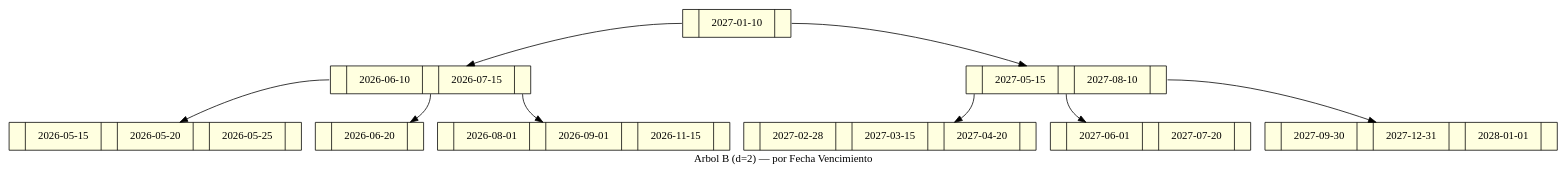
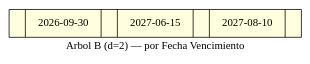
Before and after one commit to Mynor-M-50/Proyecto_1_Fase_2_EDD_Mynor_Monzon_1S_2026: the diagram in Reportes/arbol_b.dot, drawn with Graphviz. The commit also changed 47 other files, not shown here.

```diff
--- a/Reportes/arbol_b.dot
+++ b/Reportes/arbol_b.dot
@@ -1,22 +1,6 @@
 digraph ArbolB {
 	rankdir=TB
 	node [fillcolor=lightyellow shape=record style=filled]
 	label="Arbol B (d=2) — por Fecha Vencimiento"
-	node_124726833479216 [label="{ { <f0>  | 2027-01-10 | <f1>  } }"]
-	node_124726833479216:f0 -> node_124726833474368
-	node_124726833474368 [label="{ { <f0>  | 2026-06-10 | <f1>  | 2026-07-15 | <f2>  } }"]
-	node_124726833474368:f0 -> node_124726833472784
-	node_124726833472784 [label="{ { <f0>  | 2026-05-15 | <f1>  | 2026-05-20 | <f2>  | 2026-05-25 | <f3>  } }"]
-	node_124726833474368:f1 -> node_124726833475856
-	node_124726833475856 [label="{ { <f0>  | 2026-06-20 | <f1>  } }"]
-	node_124726833474368:f2 -> node_124726833474464
-	node_124726833474464 [label="{ { <f0>  | 2026-08-01 | <f1>  | 2026-09-01 | <f2>  | 2026-11-15 | <f3>  } }"]
-	node_124726833479216:f1 -> node_124726833479312
-	node_124726833479312 [label="{ { <f0>  | 2027-05-15 | <f1>  | 2027-08-10 | <f2>  } }"]
-	node_124726833479312:f0 -> node_124726833477152
-	node_124726833477152 [label="{ { <f0>  | 2027-02-28 | <f1>  | 2027-03-15 | <f2>  | 2027-04-20 | <f3>  } }"]
-	node_124726833479312:f1 -> node_124726833478688
-	node_124726833478688 [label="{ { <f0>  | 2027-06-01 | <f1>  | 2027-07-20 | <f2>  } }"]
-	node_124726833479312:f2 -> node_124726833677280
-	node_124726833677280 [label="{ { <f0>  | 2027-09-30 | <f1>  | 2027-12-31 | <f2>  | 2028-01-01 | <f3>  } }"]
+	node_139411396167680 [label="{ { <f0>  | 2026-09-30 | <f1>  | 2027-06-15 | <f2>  | 2027-08-10 | <f3>  } }"]
 }
```
